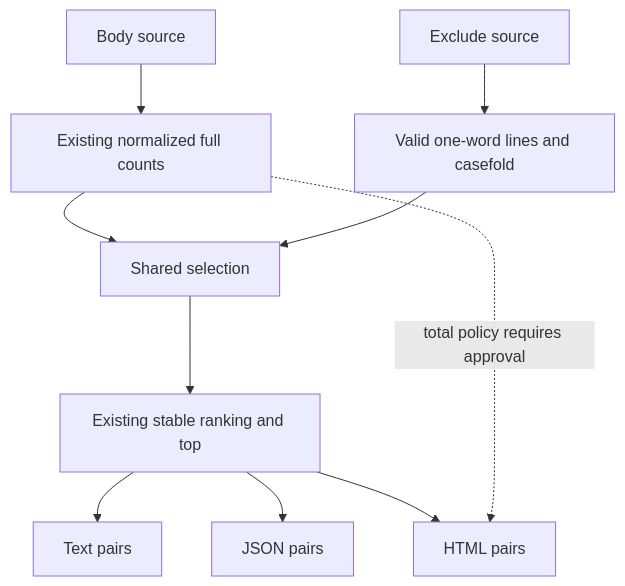
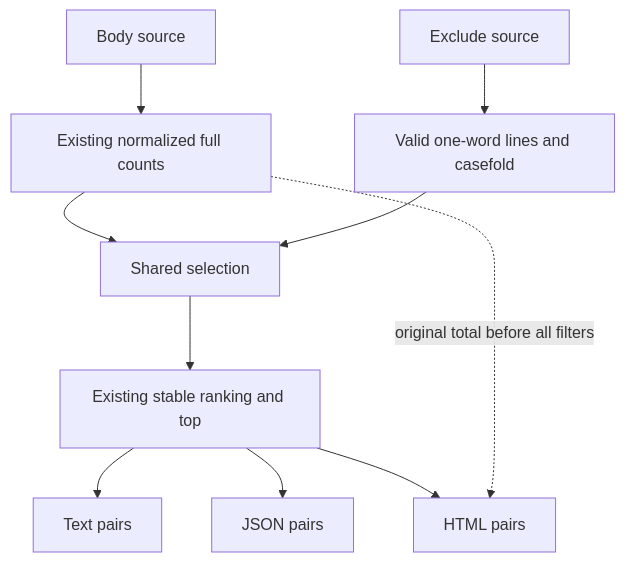
Before and after one commit to ToR-O3/argonauts-uat-20261114-public: the second of 2 diagrams in _bmad-output/initiative-r-e0a2598f/architecture/architecture.md, drawn with Mermaid. The commit also changed other lines of this file and 35 other files, not shown here.

````diff
--- a/_bmad-output/initiative-r-e0a2598f/architecture/architecture.md
+++ b/_bmad-output/initiative-r-e0a2598f/architecture/architecture.md
@@ -74,12 +75,12 @@
 ```mermaid
 flowchart TD
     Input[Body source] --> Counts[Existing normalized full counts]
     ExFile[Exclude source] --> Valid[Valid one-word lines and casefold]
     Counts --> Select[Shared selection]
     Valid --> Select
     Select --> Rank[Existing stable ranking and top]
     Rank --> Text[Text pairs]
     Rank --> JSON[JSON pairs]
     Rank --> HTML[HTML pairs]
-    Counts -. total policy requires approval .-> HTML
+    Counts -. original total before all filters .-> HTML
 ```
````
